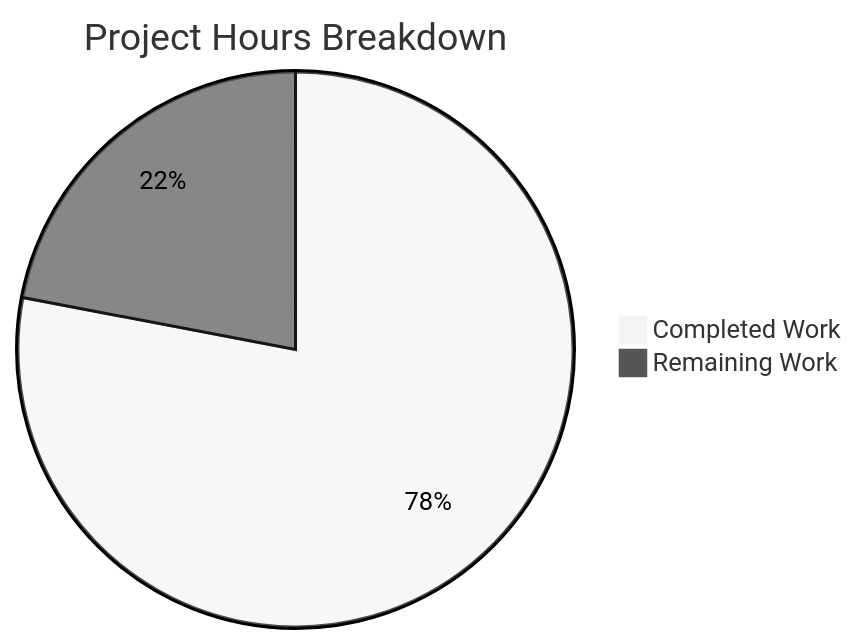
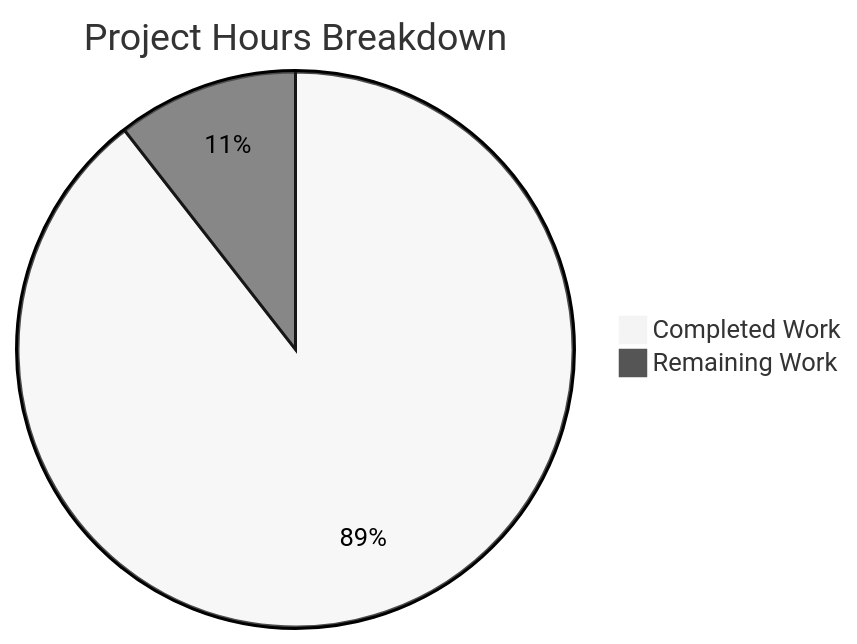
Before and after one commit to Blitzy-Sandbox/blitzy-formbricks: the second of 2 diagrams in blitzy/documentation/Project Guide.md, drawn with Mermaid (neutral theme). The commit also changed other lines of this file, not shown here.

Commit message:
Adding Blitzy Project Guide: Project Status and Human Tasks Remaining

````diff
--- a/blitzy/documentation/Project Guide.md
+++ b/blitzy/documentation/Project Guide.md
@@ -65,5 +228,5 @@
 ```mermaid
 pie title Project Hours Breakdown
-    "Completed Work" : 78
-    "Remaining Work" : 22
+    "Completed Work" : 140
+    "Remaining Work" : 16.5
 ```
````
